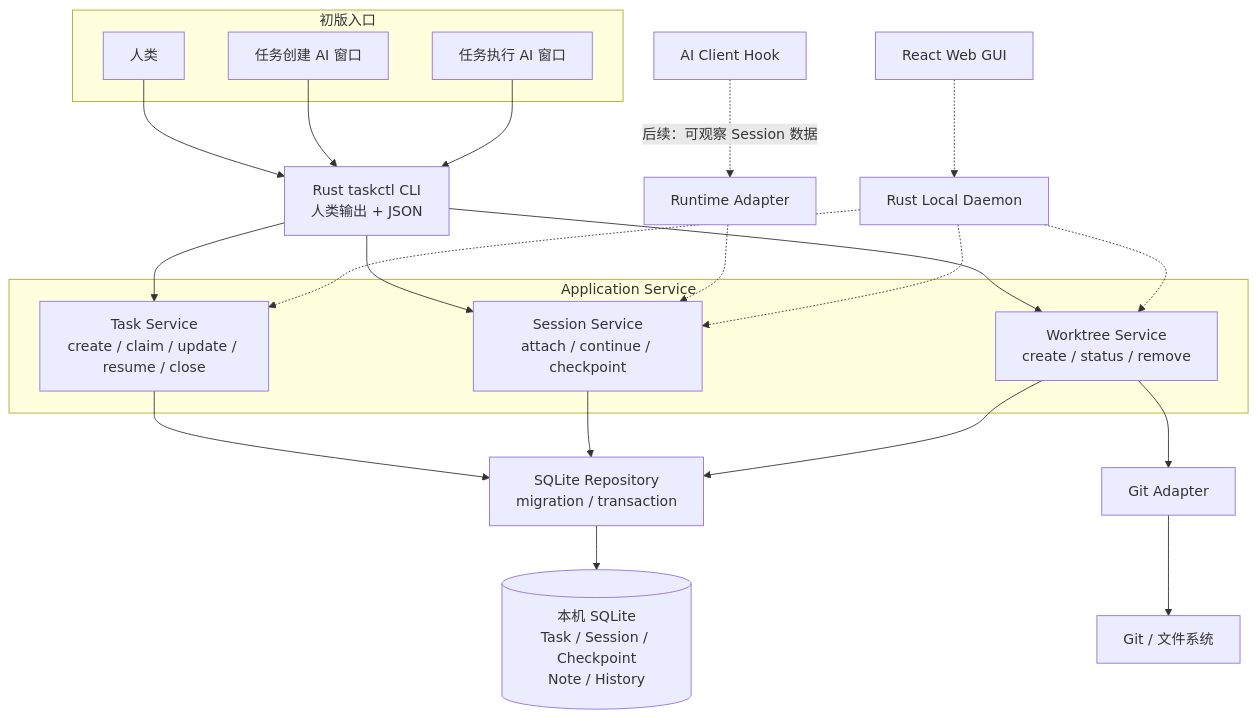
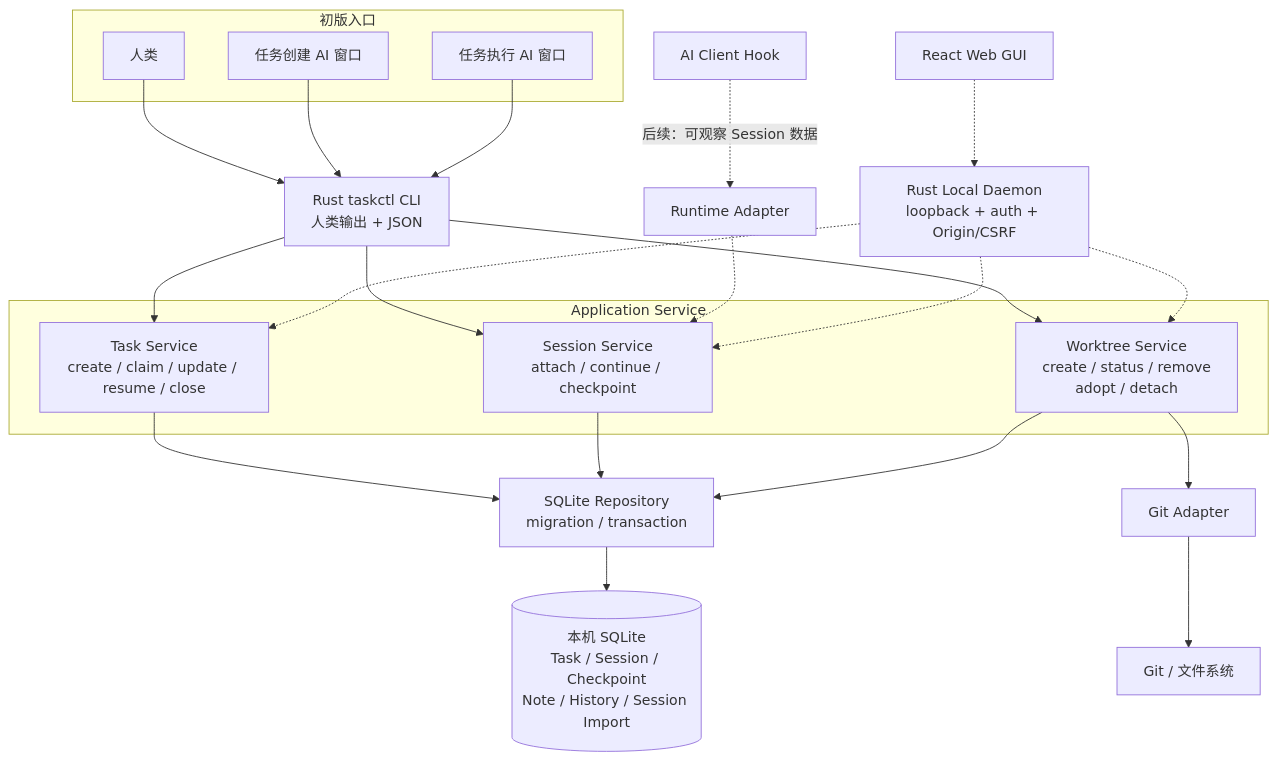
The first of 5 diagrams in docs/v0/10-架构与流程图.md (cecil-su/agent-steward), drawn with Mermaid before and after one commit. The commit also changed other lines of this file and 12 other files, not shown here.

````diff
--- a/docs/v0/10-架构与流程图.md
+++ b/docs/v0/10-架构与流程图.md
@@ -11,47 +11,47 @@
 ```mermaid
 flowchart TB
     subgraph Clients["初版入口"]
         Human["人类"]
         Creator["任务创建 AI 窗口"]
         Executor["任务执行 AI 窗口"]
     end
 
     CLI["Rust taskctl CLI<br/>人类输出 + JSON"]
 
     subgraph App["Application Service"]
         TaskService["Task Service<br/>create / claim / update / resume / close"]
         SessionService["Session Service<br/>attach / continue / checkpoint"]
-        WorktreeService["Worktree Service<br/>create / status / remove"]
+        WorktreeService["Worktree Service<br/>create / status / remove<br/>adopt / detach"]
     end
 
     SQLiteAdapter["SQLite Repository<br/>migration / transaction"]
-    SQLiteDB[("本机 SQLite<br/>Task / Session / Checkpoint<br/>Note / History")]
+    SQLiteDB[("本机 SQLite<br/>Task / Session / Checkpoint<br/>Note / History / Session Import")]
     GitAdapter["Git Adapter"]
     GitFS["Git / 文件系统"]
 
     Hook["AI Client Hook"]
     RuntimeAdapter["Runtime Adapter"]
     GUI["React Web GUI"]
-    Daemon["Rust Local Daemon"]
+    Daemon["Rust Local Daemon<br/>loopback + auth + Origin/CSRF"]
 
     Human --> CLI
     Creator --> CLI
     Executor --> CLI
     CLI --> TaskService
     CLI --> SessionService
     CLI --> WorktreeService
 
     TaskService --> SQLiteAdapter
     SessionService --> SQLiteAdapter
     WorktreeService --> SQLiteAdapter
     SQLiteAdapter --> SQLiteDB
     WorktreeService --> GitAdapter
     GitAdapter --> GitFS
 
     Hook -. "后续：可观察 Session 数据" .-> RuntimeAdapter
     RuntimeAdapter -.-> SessionService
     GUI -.-> Daemon
     Daemon -.-> TaskService
     Daemon -.-> SessionService
     Daemon -.-> WorktreeService
 ```
````
